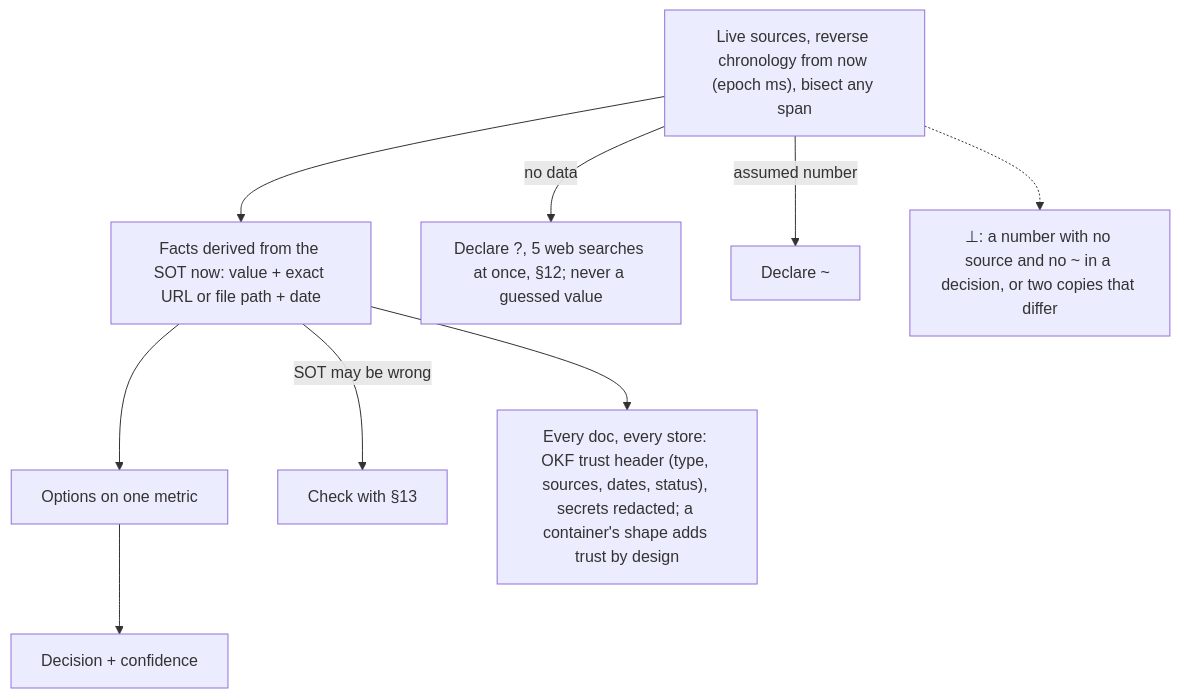
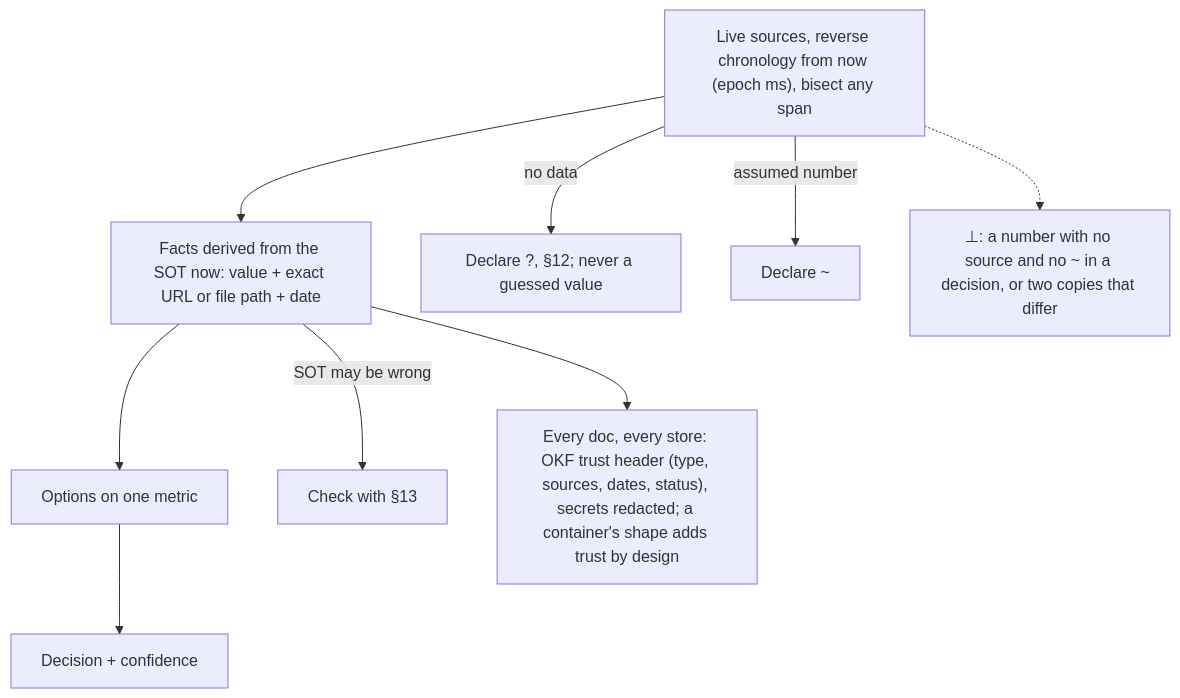
Before and after one commit to SolenixAI/arbiter: the sixth of 14 diagrams in AGENTS.md, drawn with Mermaid. The commit also changed other lines of this file and 1 other file, not shown here.

````diff
--- a/AGENTS.md
+++ b/AGENTS.md
@@ -310,10 +316,10 @@
 ```mermaid
 flowchart TD
   D["Live sources, reverse chronology from now (epoch ms), bisect any span"] --> E[Facts derived from the SOT now: value + exact URL or file path + date]
   E --> O[Options on one metric] --> C[Decision + confidence]
-  D -->|no data| U["Declare ?, 5 web searches at once, §12; never a guessed value"]
+  D -->|no data| U["Declare ?, §12; never a guessed value"]
   D -->|assumed number| U2["Declare ~"]
   E -->|SOT may be wrong| S13[Check with §13]
   E --> K["Every doc, every store: OKF trust header (type, sources, dates, status), secrets redacted; a container's shape adds trust by design"]
   D -.-> BOT["⊥: a number with no source and no ~ in a decision, or two copies that differ"]
 ```
````
